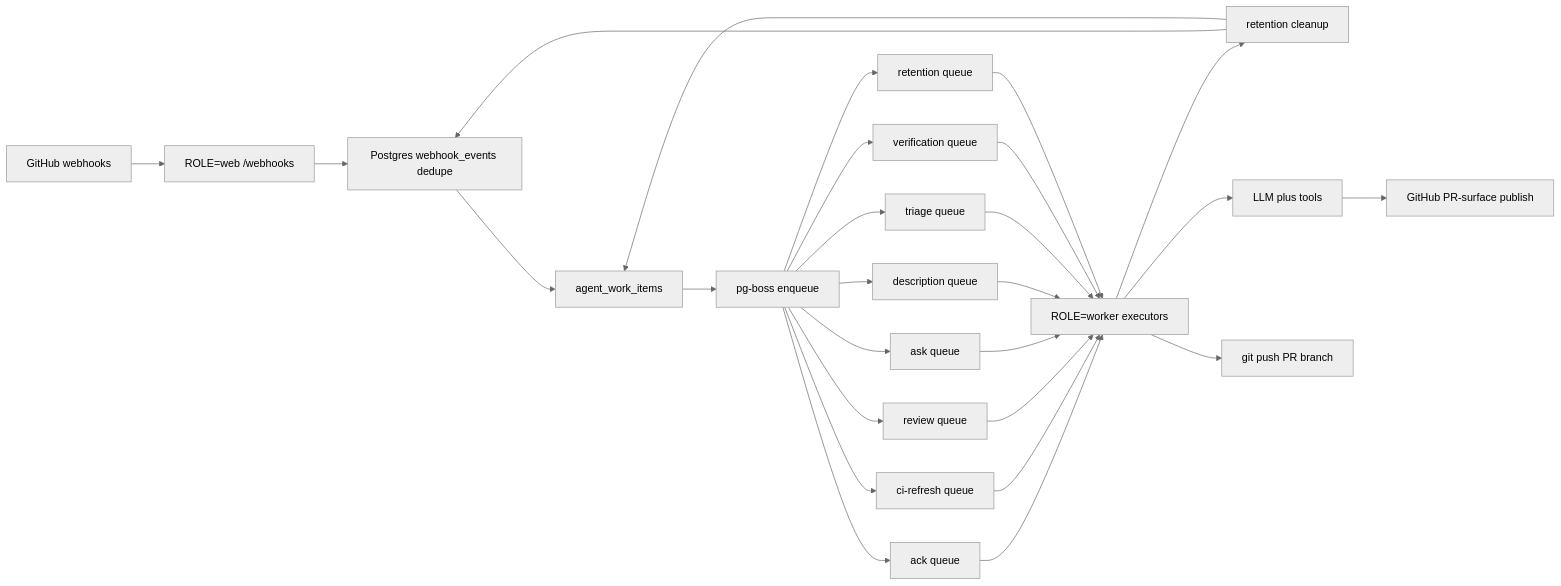
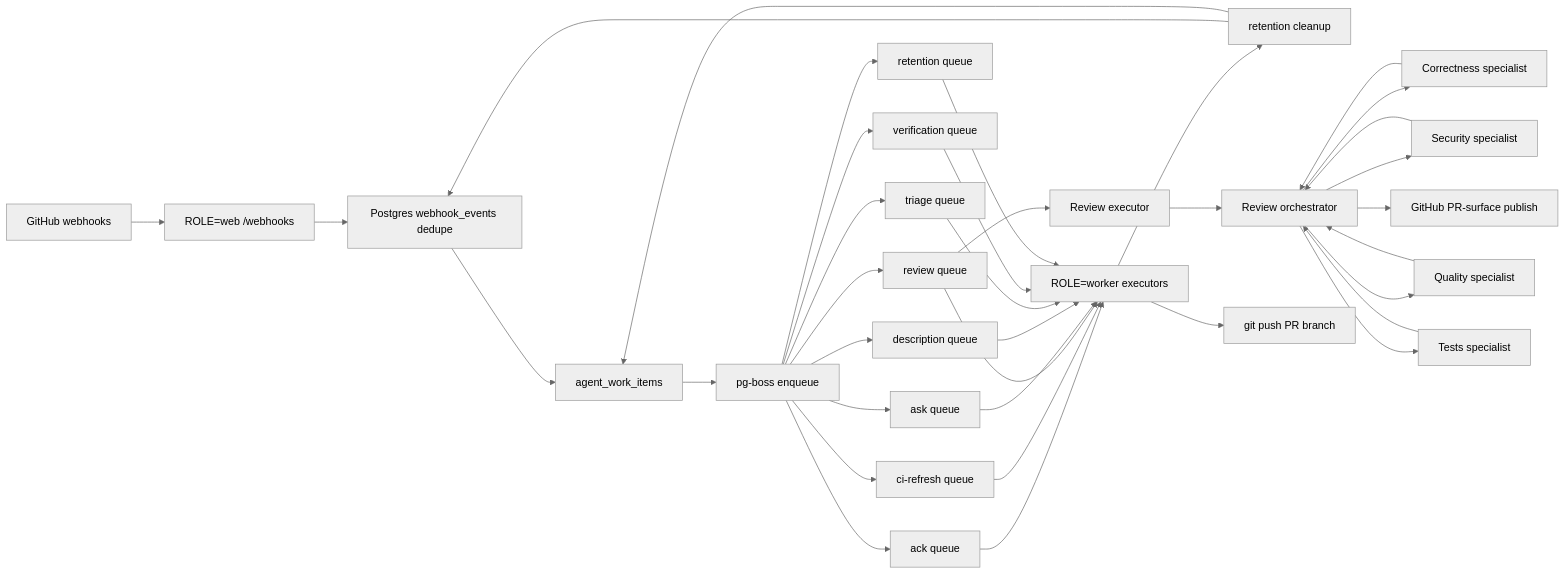
One commit to prathamdby/pr-agent changed the diagram in README.md. Above: the diagram before and after it, drawn with Mermaid (neutral theme). The commit also changed other lines of this file and 13 other files, not shown here.

````diff
--- a/README.md
+++ b/README.md
@@ -213,29 +196,38 @@
 ```mermaid
 flowchart LR
   GitHub[GitHub webhooks] --> Web["ROLE=web /webhooks"]
   Web --> Dedupe[Postgres webhook_events dedupe]
   Dedupe --> Items[agent_work_items]
   Items --> Boss[pg-boss enqueue]
   Boss --> AckQ[ack queue]
   Boss --> CiRefQ[ci-refresh queue]
   Boss --> RevQ[review queue]
   Boss --> AskQ[ask queue]
   Boss --> DescQ[description queue]
   Boss --> TriageQ[triage queue]
   Boss --> VerifQ[verification queue]
   Boss --> RetQ[retention queue]
   AckQ --> Worker["ROLE=worker executors"]
   CiRefQ --> Worker
   RevQ --> Worker
   AskQ --> Worker
   DescQ --> Worker
   TriageQ --> Worker
   VerifQ --> Worker
   RetQ --> Worker
   Worker --> Retention[retention cleanup]
   Retention --> Dedupe
   Retention --> Items
-  Worker --> LLM[LLM plus tools]
-  LLM --> Publish[GitHub PR-surface publish]
+  RevQ --> ReviewExec[Review executor]
+  ReviewExec --> Orchestrator[Review orchestrator]
+  Orchestrator --> Correctness[Correctness specialist]
+  Orchestrator --> Security[Security specialist]
+  Orchestrator --> Quality[Quality specialist]
+  Orchestrator --> Tests[Tests specialist]
+  Correctness --> Orchestrator
+  Security --> Orchestrator
+  Quality --> Orchestrator
+  Tests --> Orchestrator
+  Orchestrator --> Publish[GitHub PR-surface publish]
   Worker --> Push[git push PR branch]
 ```
````
